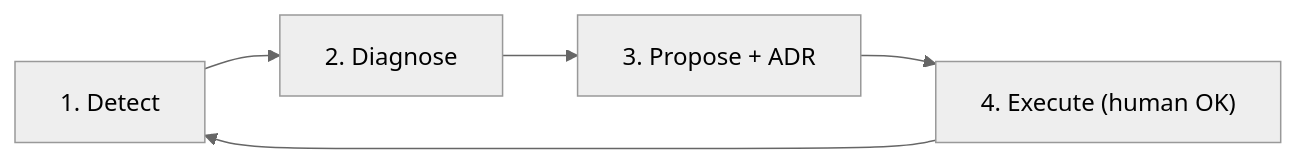
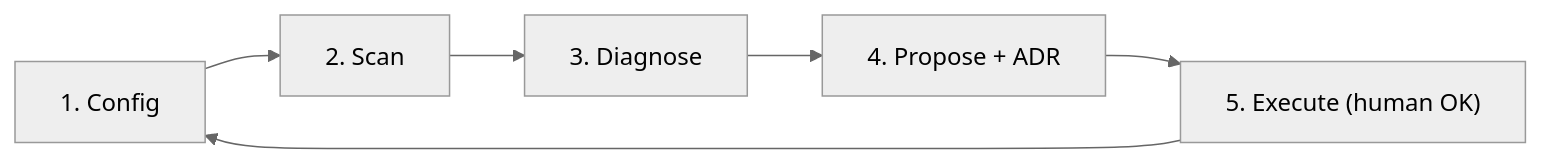
Before and after one commit to juandelossantos/another-agent-skills: the first of 2 diagrams in README.md, drawn with Mermaid (neutral theme). The commit also changed other lines of this file and 35 other files, not shown here.

````diff
--- a/README.md
+++ b/README.md
@@ -122,7 +122,8 @@
 ```mermaid
 flowchart LR
-    A["1. Detect"] --> B["2. Diagnose"]
-    B --> C["3. Propose + ADR"]
-    C --> D["4. Execute (human OK)"]
-    D --> A
+    A["1. Config"] --> B["2. Scan"]
+    B --> C["3. Diagnose"]
+    C --> D["4. Propose + ADR"]
+    D --> E["5. Execute (human OK)"]
+    E --> A
 ```
````
